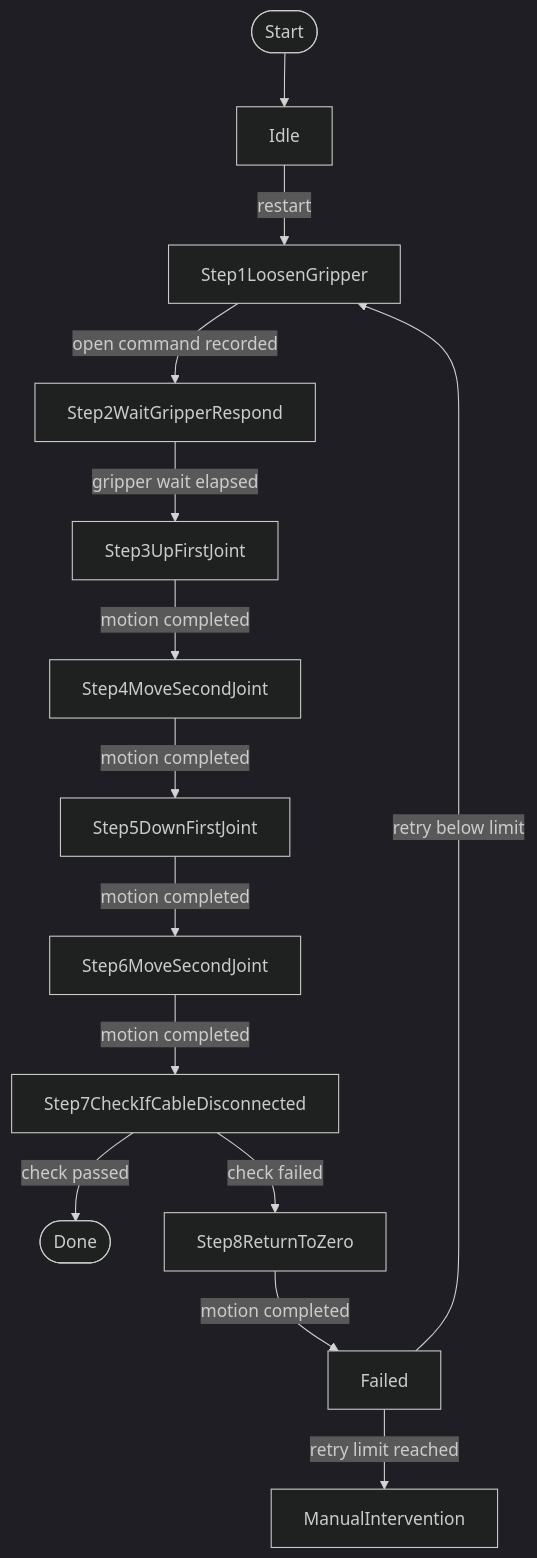
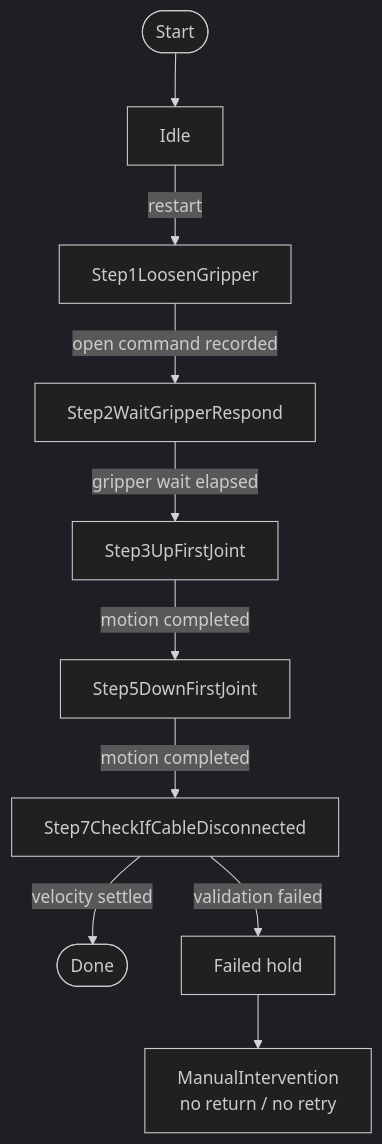
One commit to major173/b29_control changed the ninth of 12 diagrams in b29_controllers/b29_smc_auto_controller/OBSTACLE_CROSSING_WORKFLOW.md. Above: the diagram before and after it, drawn with Mermaid (dark theme). The commit also changed other lines of this file and 52 other files, not shown here.

````diff
--- a/b29_controllers/b29_smc_auto_controller/OBSTACLE_CROSSING_WORKFLOW.md
+++ b/b29_controllers/b29_smc_auto_controller/OBSTACLE_CROSSING_WORKFLOW.md
@@ -528,21 +505,14 @@
 ```mermaid
 flowchart TD
     N0([Start]) --> N1[Idle]
-
     N1 -->|restart| N2[Step1LoosenGripper]
     N2 -->|open command recorded| N3[Step2WaitGripperRespond]
     N3 -->|gripper wait elapsed| N4[Step3UpFirstJoint]
 
-    N4 -->|motion completed| N5[Step4MoveSecondJoint]
-    N5 -->|motion completed| N6[Step5DownFirstJoint]
-    N6 -->|motion completed| N7[Step6MoveSecondJoint]
-    N7 -->|motion completed| N8[Step7CheckIfCableDisconnected]
+    N4 -->|motion completed| N5[Step5DownFirstJoint]
+    N5 -->|motion completed| N8[Step7CheckIfCableDisconnected]
 
-    N8 -->|check passed| N9([Done])
-    N8 -->|check failed| N10[Step8ReturnToZero]
-
-    N10 -->|motion completed| N11[Failed]
-
-    N11 -->|retry below limit| N2
-    N11 -->|retry limit reached| N12[ManualIntervention]
+    N8 -->|velocity settled| N9([Done])
+    N8 -->|validation failed| N10[Failed hold]
+    N10 --> N11[ManualIntervention\nno return / no retry]
 ```
````
